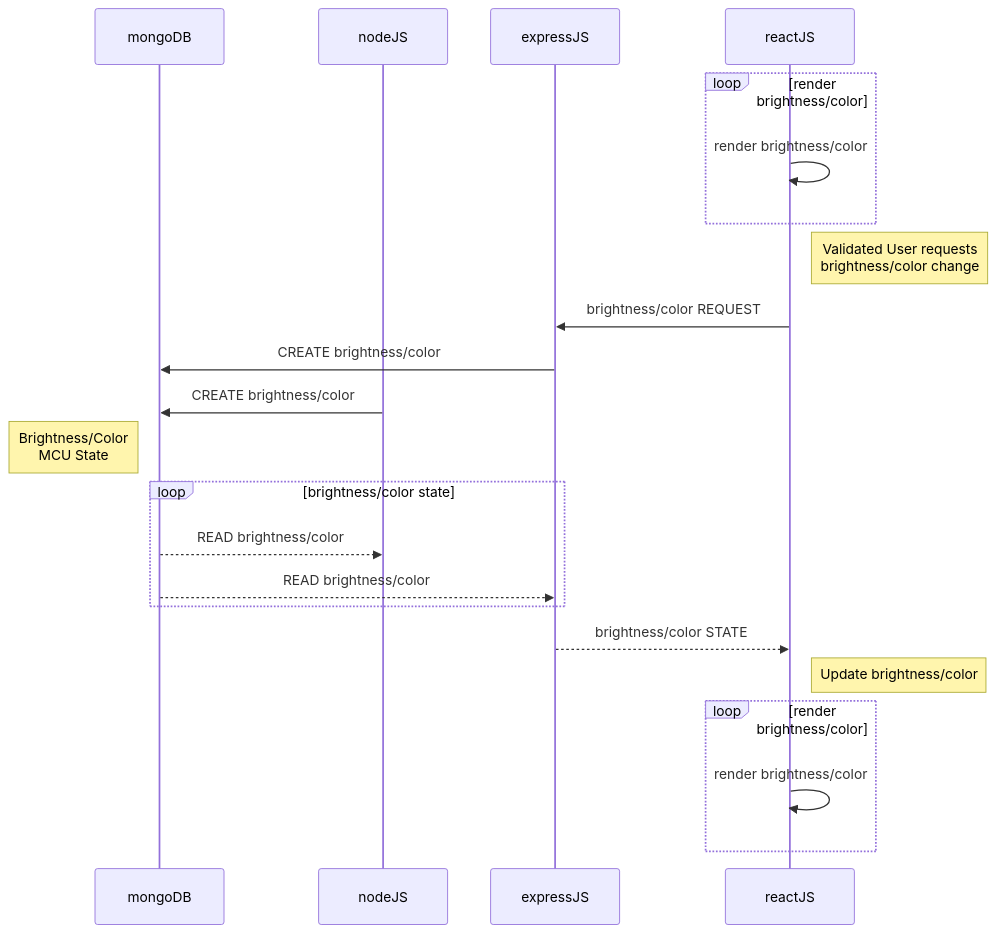
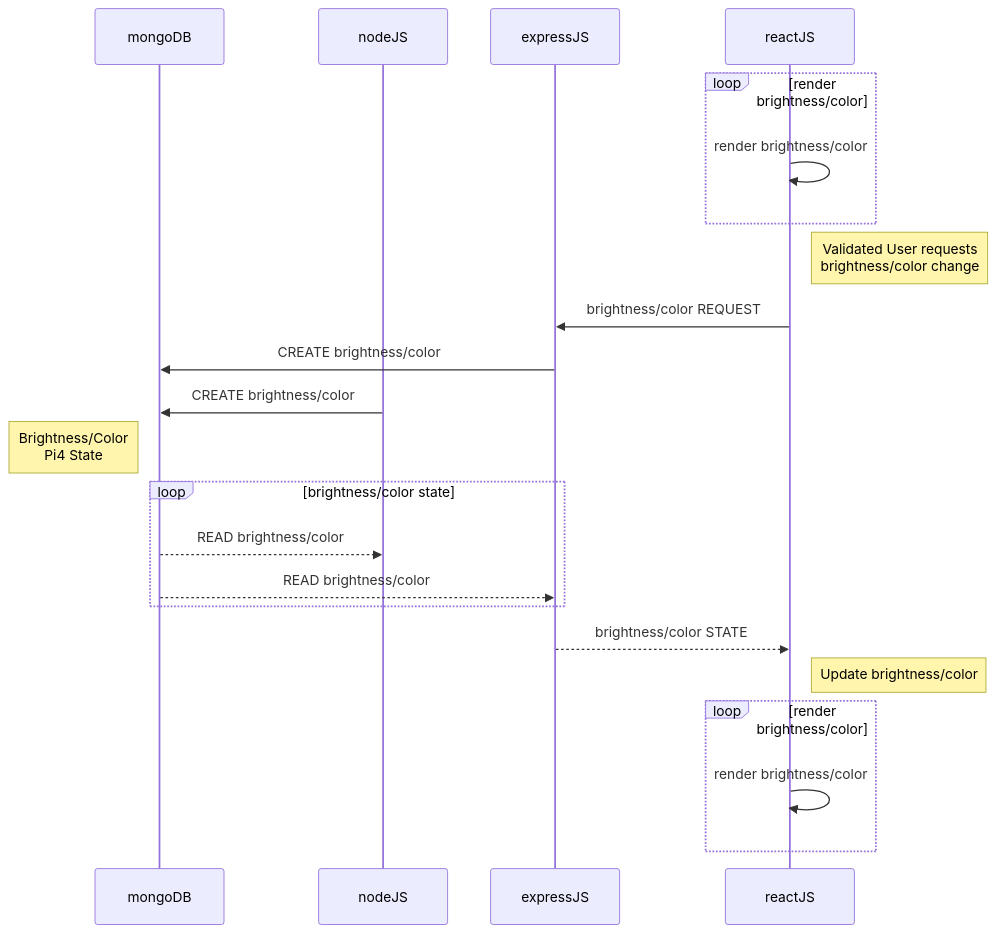
The diagram in docs/sequence_diagram/web_app.md (luminosityleds/server), drawn with Mermaid before and after one commit. The commit also changed 2 other files, not shown here.

Commit message:
MCU -> Pi4

````diff
--- a/docs/sequence_diagram/web_app.md
+++ b/docs/sequence_diagram/web_app.md
@@ -1,24 +1,24 @@
 ```mermaid
 sequenceDiagram
     participant mongoDB
     participant nodeJS
     participant expressJS
     participant reactJS
     loop render brightness/color
         reactJS->>reactJS: render brightness/color
     end
     Note right of reactJS: Validated User requests <br>brightness/color change
     reactJS->>expressJS: brightness/color REQUEST
     expressJS->>mongoDB: CREATE brightness/color
     nodeJS->>mongoDB: CREATE brightness/color
-    Note left of mongoDB: Brightness/Color <br> MCU State
+    Note left of mongoDB: Brightness/Color <br> Pi4 State
     loop brightness/color state
         mongoDB-->>nodeJS: READ brightness/color
         mongoDB-->>expressJS: READ brightness/color
     end
     expressJS-->>reactJS: brightness/color STATE
     Note right of reactJS: Update brightness/color
     loop render brightness/color
         reactJS->>reactJS: render brightness/color
     end
 ```
````
